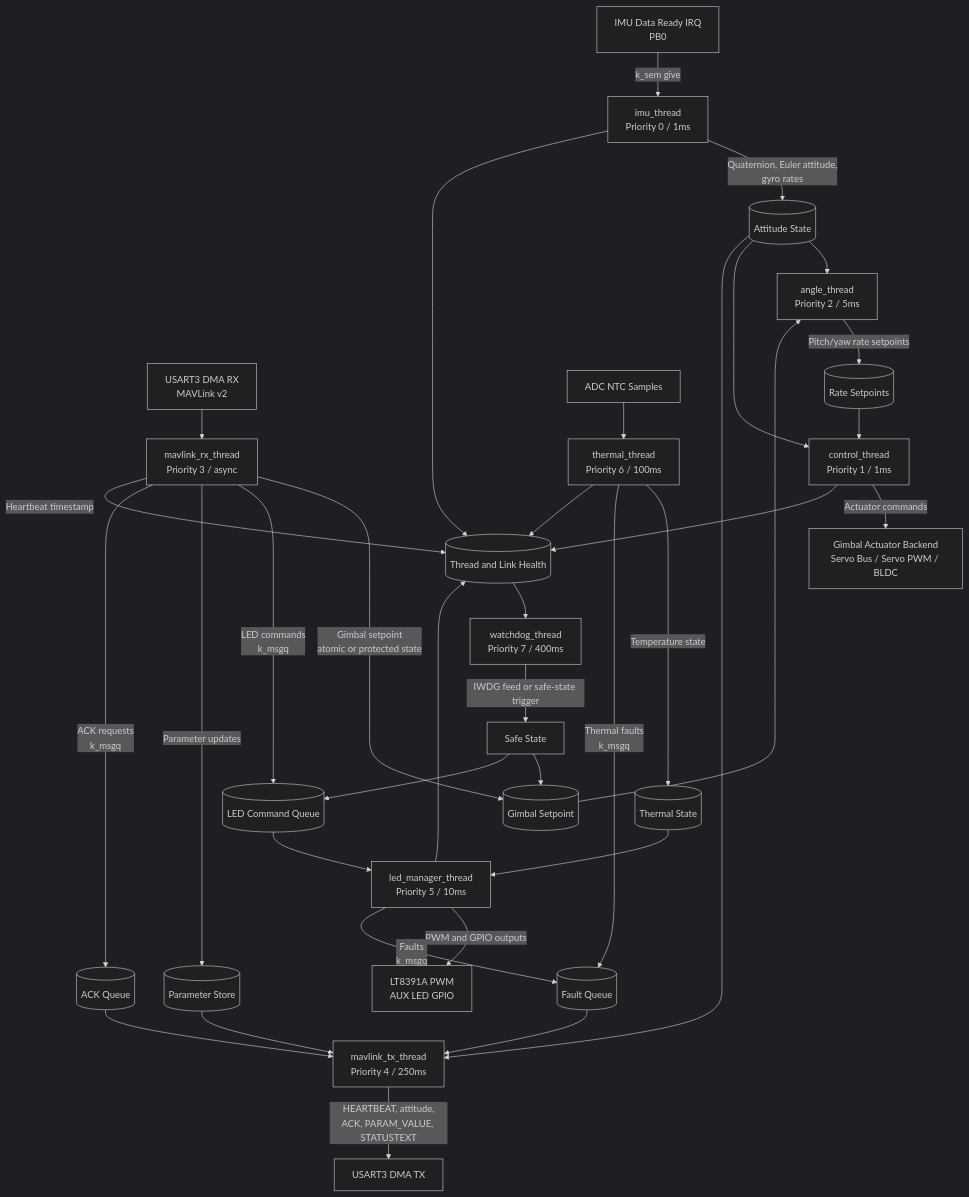
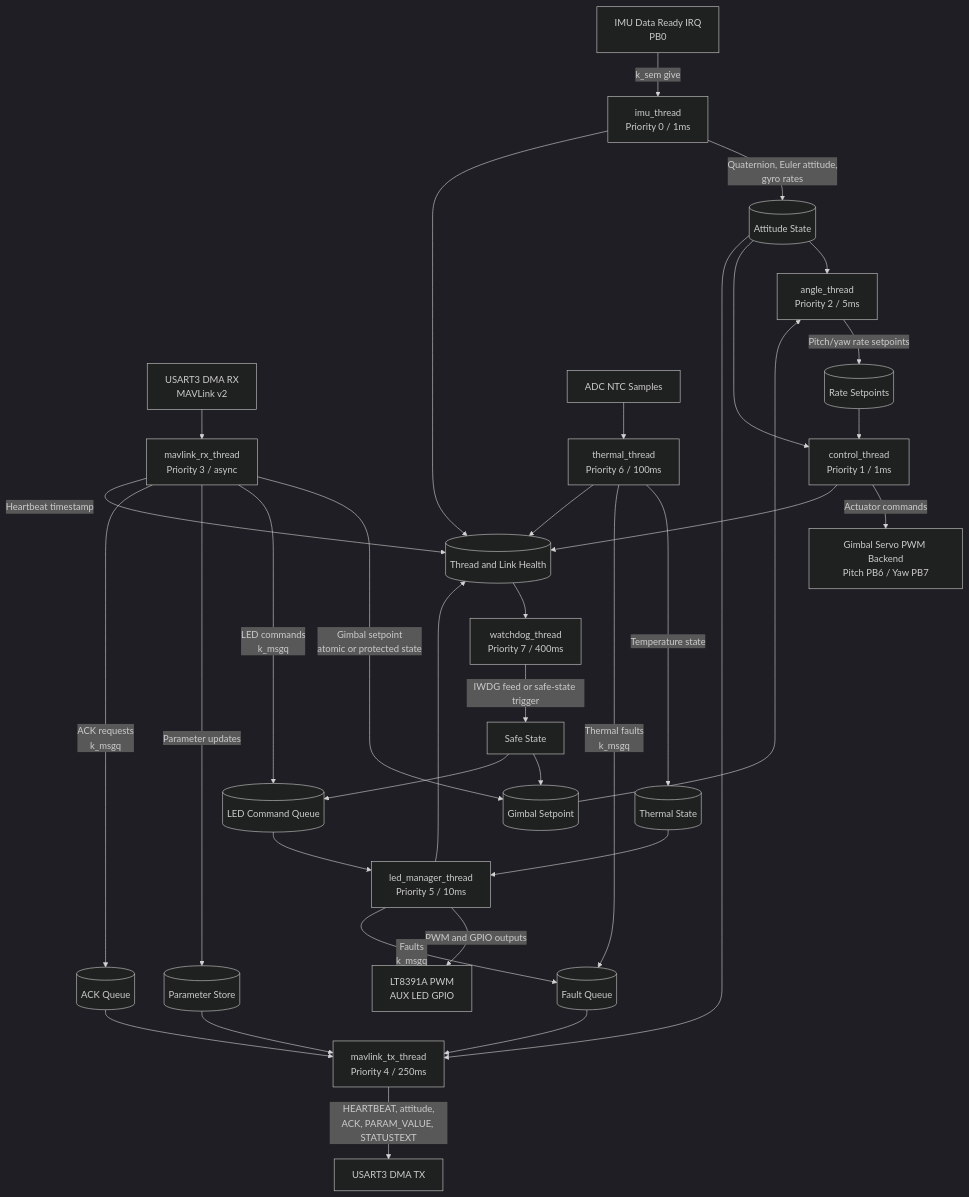
The diagram in architecture/thread-data-flow.md (thule2510ddt/sgl200-workspace), drawn with Mermaid (dark theme) before and after one commit. The commit also changed 21 other files, not shown here.

Commit message:
Remove servo bus sources from Servo PWM branch

````diff
--- a/architecture/thread-data-flow.md
+++ b/architecture/thread-data-flow.md
@@ -5,44 +5,44 @@
 ```mermaid
 flowchart TD
     IMU_IRQ[IMU Data Ready IRQ<br/>PB0] -->|k_sem give| IMU_THREAD[imu_thread<br/>Priority 0 / 1ms]
     IMU_THREAD -->|Quaternion, Euler attitude,<br/>gyro rates| ATTITUDE[(Attitude State)]
 
     MAV_UART[USART3 DMA RX<br/>MAVLink v2] --> MAV_RX[mavlink_rx_thread<br/>Priority 3 / async]
     MAV_RX -->|Gimbal setpoint<br/>atomic or protected state| SETPOINT[(Gimbal Setpoint)]
     MAV_RX -->|LED commands<br/>k_msgq| LED_CMD[(LED Command Queue)]
     MAV_RX -->|Parameter updates| PARAMS[(Parameter Store)]
     MAV_RX -->|ACK requests<br/>k_msgq| ACK_Q[(ACK Queue)]
 
     ATTITUDE --> ANGLE[angle_thread<br/>Priority 2 / 5ms]
     SETPOINT --> ANGLE
     ANGLE -->|Pitch/yaw rate setpoints| RATE_SP[(Rate Setpoints)]
 
     RATE_SP --> CONTROL[control_thread<br/>Priority 1 / 1ms]
     ATTITUDE --> CONTROL
-    CONTROL -->|Actuator commands| ACTUATOR[Gimbal Actuator Backend<br/>Servo Bus / Servo PWM / BLDC]
+    CONTROL -->|Actuator commands| ACTUATOR[Gimbal Servo PWM Backend<br/>Pitch PB6 / Yaw PB7]
 
     ADC[ADC NTC Samples] --> THERMAL[thermal_thread<br/>Priority 6 / 100ms]
     THERMAL -->|Temperature state| THERMAL_STATE[(Thermal State)]
     THERMAL -->|Thermal faults<br/>k_msgq| FAULT_Q[(Fault Queue)]
 
     LED_CMD --> LED_MANAGER[led_manager_thread<br/>Priority 5 / 10ms]
     THERMAL_STATE --> LED_MANAGER
     LED_MANAGER -->|PWM and GPIO outputs| LED_HW[LT8391A PWM<br/>AUX LED GPIO]
     LED_MANAGER -->|Faults<br/>k_msgq| FAULT_Q
 
     ATTITUDE --> MAV_TX[mavlink_tx_thread<br/>Priority 4 / 250ms]
     ACK_Q --> MAV_TX
     FAULT_Q --> MAV_TX
     PARAMS --> MAV_TX
     MAV_TX -->|HEARTBEAT, attitude,<br/>ACK, PARAM_VALUE, STATUSTEXT| MAV_OUT[USART3 DMA TX]
 
     MAV_RX -->|Heartbeat timestamp| HEALTH[(Thread and Link Health)]
     IMU_THREAD --> HEALTH
     CONTROL --> HEALTH
     LED_MANAGER --> HEALTH
     THERMAL --> HEALTH
     HEALTH --> WATCHDOG[watchdog_thread<br/>Priority 7 / 400ms]
     WATCHDOG -->|IWDG feed or safe-state trigger| SAFETY[Safe State]
     SAFETY --> SETPOINT
     SAFETY --> LED_CMD
 ```
````
